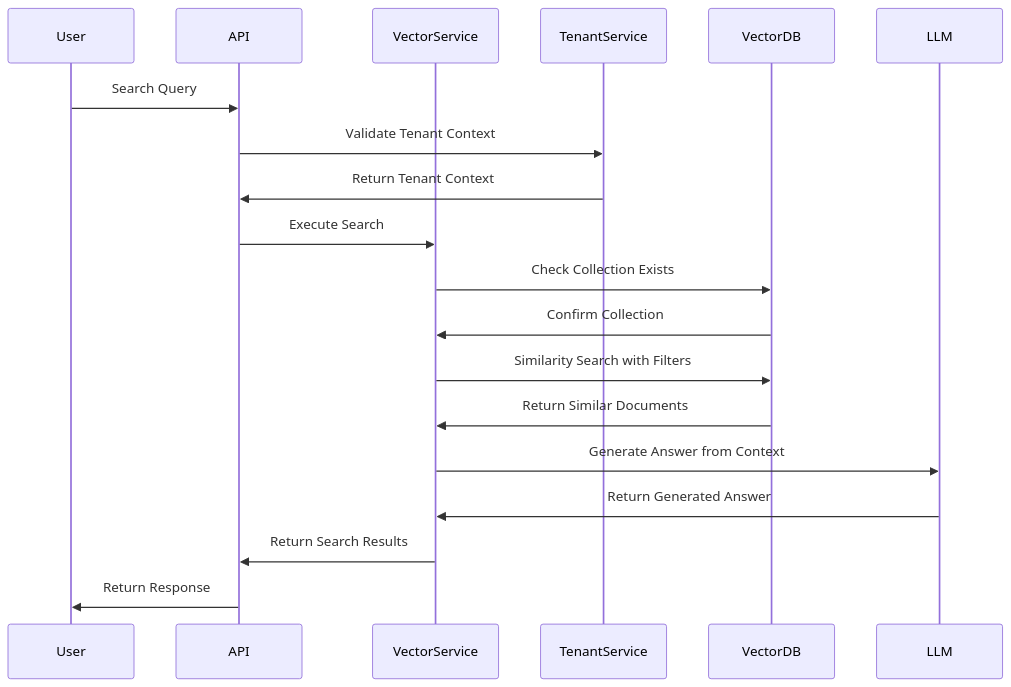
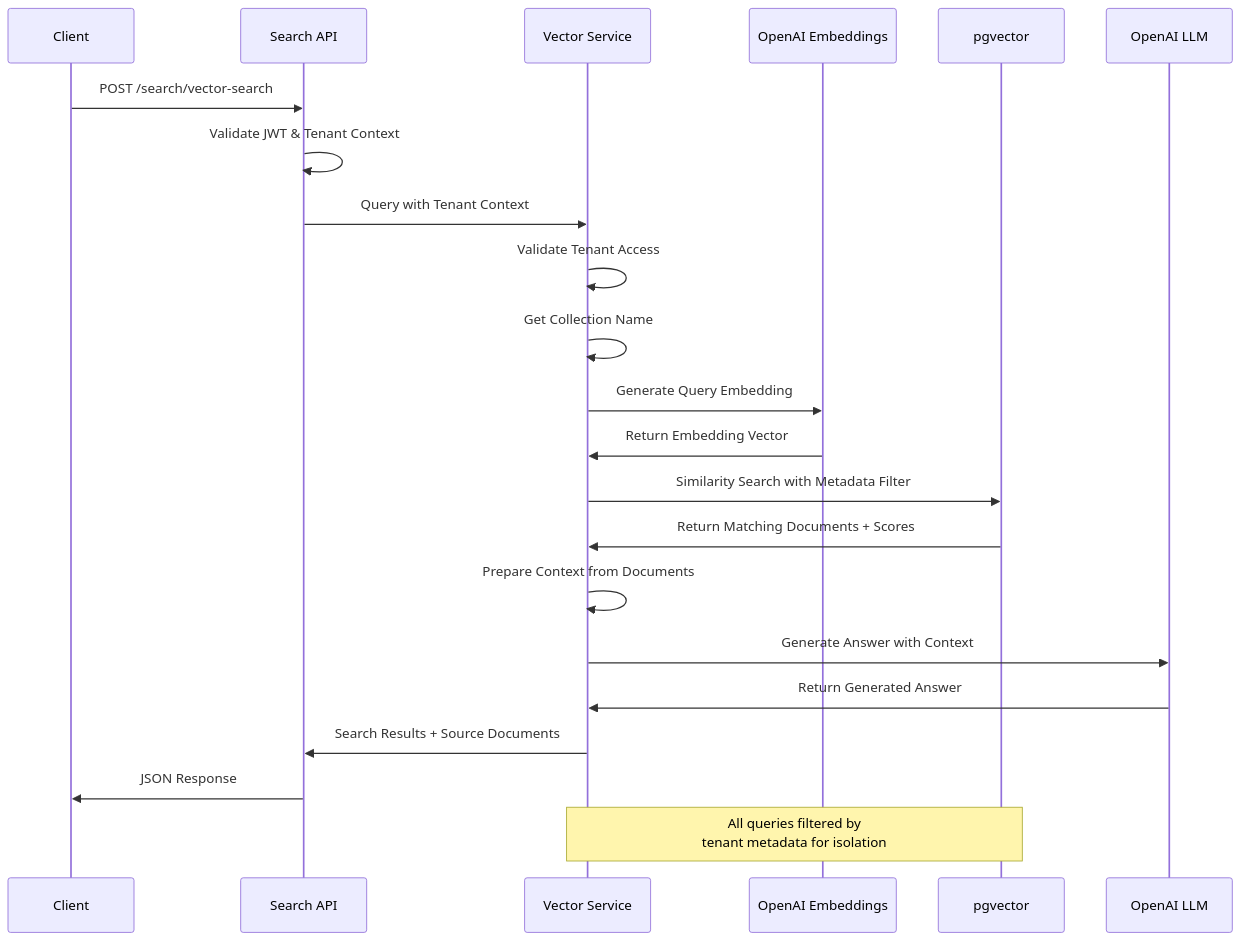
Before and after one commit to lkiitkgp/1: the eighth of 12 diagrams in README.md, drawn with Mermaid. The commit also changed other lines of this file, not shown here.

````diff
--- a/README.md
+++ b/README.md
@@ -559,24 +640,30 @@
 ```mermaid
 sequenceDiagram
-    participant User
-    participant API
-    participant VectorService
-    participant TenantService
-    participant VectorDB
-    participant LLM
+    participant Client as Client
+    participant API as Search API
+    participant VS as Vector Service
+    participant Embed as OpenAI Embeddings
+    participant PG as pgvector
+    participant LLM as OpenAI LLM
     
-    User->>API: Search Query
-    API->>TenantService: Validate Tenant Context
-    TenantService->>API: Return Tenant Context
-    API->>VectorService: Execute Search
+    Client->>API: POST /search/vector-search
+    API->>API: Validate JWT & Tenant Context
+    API->>VS: Query with Tenant Context
     
-    VectorService->>VectorDB: Check Collection Exists
-    VectorDB->>VectorService: Confirm Collection
-    VectorService->>VectorDB: Similarity Search with Filters
-    VectorDB->>VectorService: Return Similar Documents
+    VS->>VS: Validate Tenant Access
+    VS->>VS: Get Collection Name
+    VS->>Embed: Generate Query Embedding
+    Embed->>VS: Return Embedding Vector
     
-    VectorService->>LLM: Generate Answer from Context
-    LLM->>VectorService: Return Generated Answer
-    VectorService->>API: Return Search Results
-    API->>User: Return Response
+    VS->>PG: Similarity Search with Metadata Filter
+    PG->>VS: Return Matching Documents + Scores
+    
+    VS->>VS: Prepare Context from Documents
+    VS->>LLM: Generate Answer with Context
+    LLM->>VS: Return Generated Answer
+    
+    VS->>API: Search Results + Source Documents
+    API->>Client: JSON Response
+    
+    Note over VS,PG: All queries filtered by<br/>tenant metadata for isolation
 ```
````
